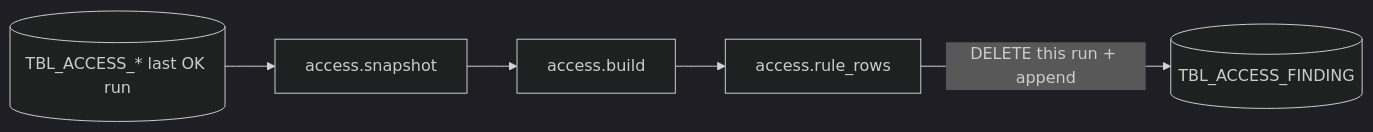
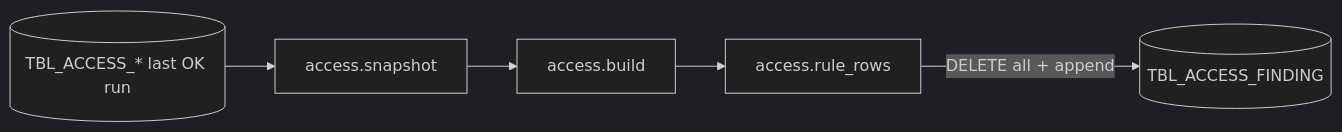
The diagram in snowflake-access-explorer-knowledge-graph/data/TBL_ACCESS_FINDING.md (darshanmeel/snowflake-access-explorer), drawn with Mermaid (dark theme) before and after one commit. The commit also changed other lines of this file and 147 other files, not shown here.

````diff
--- a/snowflake-access-explorer-knowledge-graph/data/TBL_ACCESS_FINDING.md
+++ b/snowflake-access-explorer-knowledge-graph/data/TBL_ACCESS_FINDING.md
@@ -3,5 +3,5 @@
 ```mermaid
 flowchart LR
   T[(TBL_ACCESS_* last OK run)] --> S[access.snapshot] --> B[access.build] --> R[access.rule_rows]
-  R -->|DELETE this run + append| F[(TBL_ACCESS_FINDING)]
+  R -->|DELETE all + append| F[(TBL_ACCESS_FINDING)]
 ```
````
